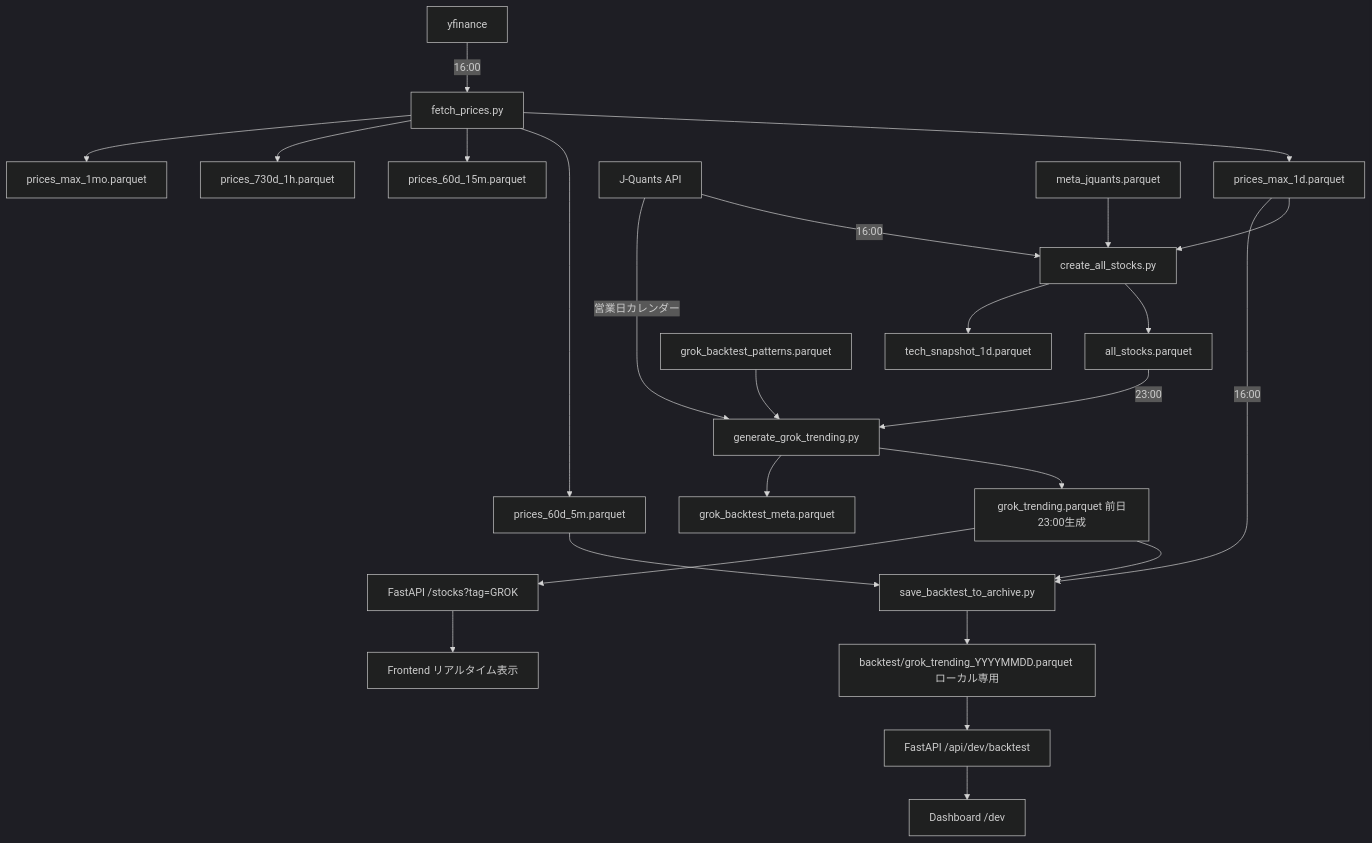
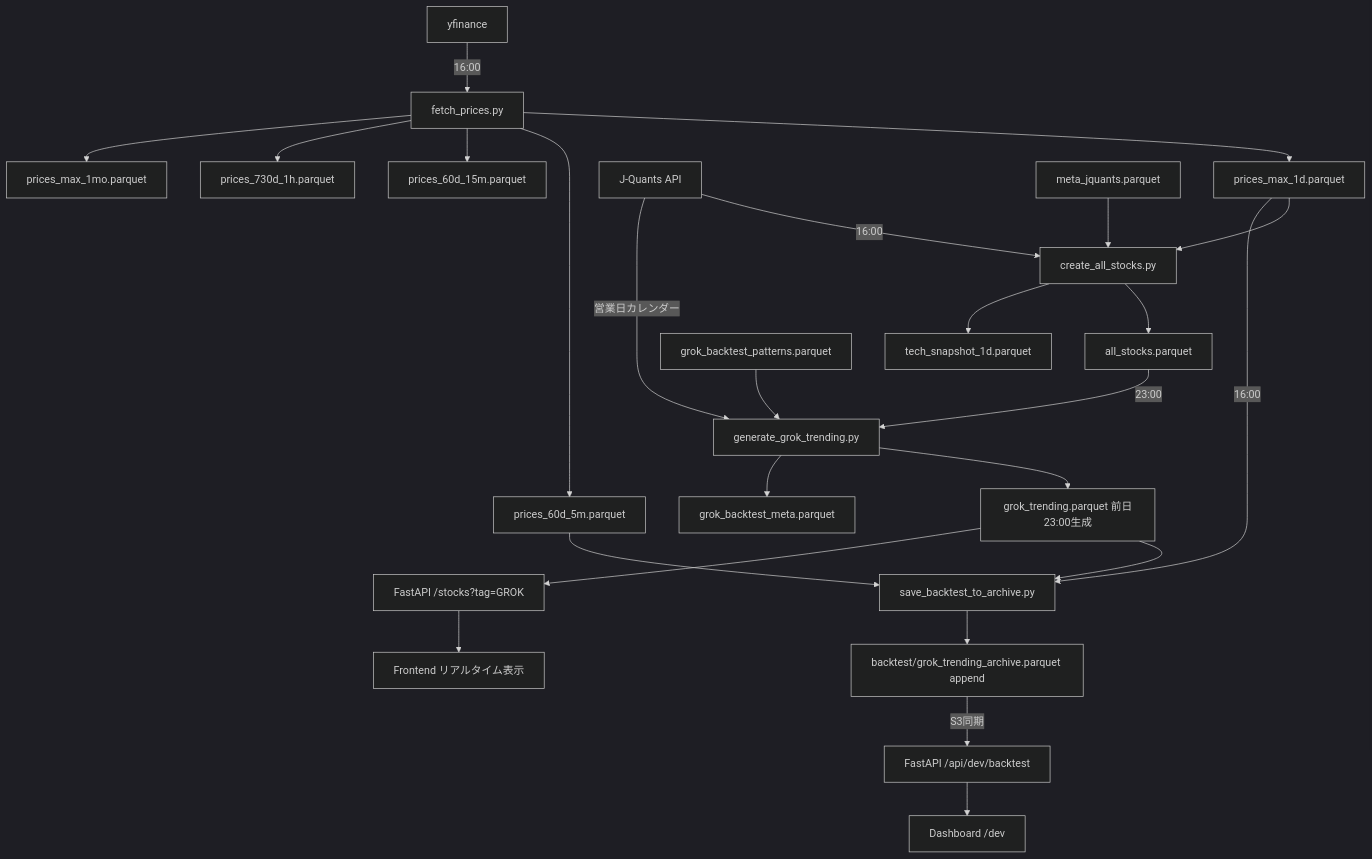
The diagram in pipeline_roadmap.md (mountaincenter/dash_plotly), drawn with Mermaid (dark theme) before and after one commit. The commit also changed other lines of this file and 2 other files, not shown here.

First line of the commit message:
refactor(backtest): Change to append-only archive strategy

````diff
--- a/pipeline_roadmap.md
+++ b/pipeline_roadmap.md
@@ -183,32 +181,32 @@
 ```mermaid
 graph TB
     A[yfinance] -->|16:00| B[fetch_prices.py]
     B --> C[prices_max_1d.parquet]
     B --> D[prices_60d_5m.parquet]
     B --> E[prices_60d_15m.parquet]
     B --> F[prices_730d_1h.parquet]
     B --> G[prices_max_1mo.parquet]
 
     H[J-Quants API] -->|16:00| I[create_all_stocks.py]
     J[meta_jquants.parquet] --> I
     C --> I
     I --> K[all_stocks.parquet]
     I --> L[tech_snapshot_1d.parquet]
 
     C -->|16:00| M[save_backtest_to_archive.py]
     D --> M
     N[grok_trending.parquet 前日23:00生成] --> M
-    M --> O[backtest/grok_trending_YYYYMMDD.parquet ローカル専用]
+    M --> O[backtest/grok_trending_archive.parquet append]
 
     K -->|23:00| P[generate_grok_trending.py]
     H -->|営業日カレンダー| P
     Q[grok_backtest_patterns.parquet] --> P
     P --> N
     P --> R[grok_backtest_meta.parquet]
 
-    O --> S[FastAPI /api/dev/backtest]
+    O -->|S3同期| S[FastAPI /api/dev/backtest]
     S --> T[Dashboard /dev]
 
     N --> U[FastAPI /stocks?tag=GROK]
     U --> V[Frontend リアルタイム表示]
 ```
````
